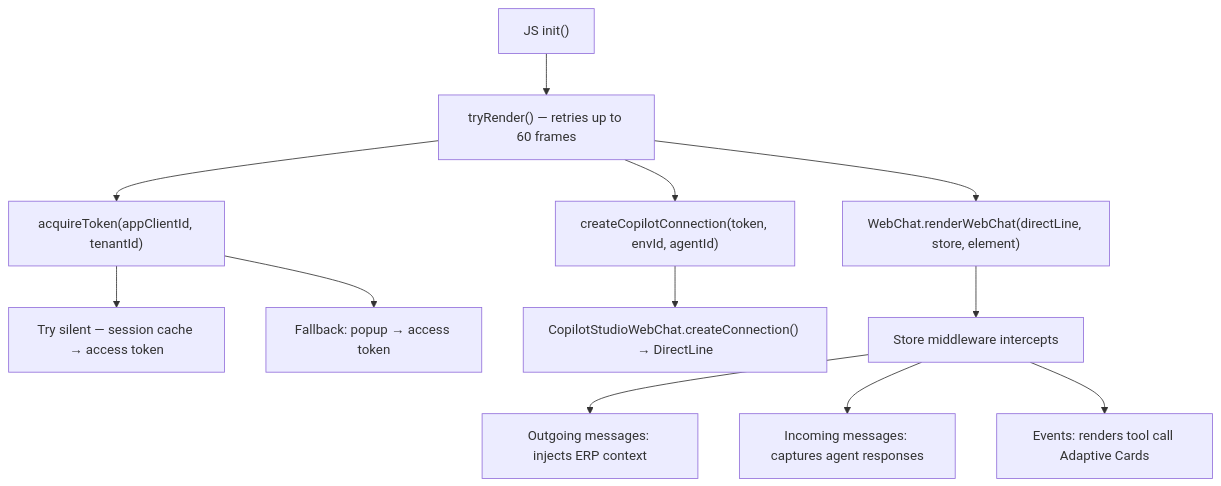
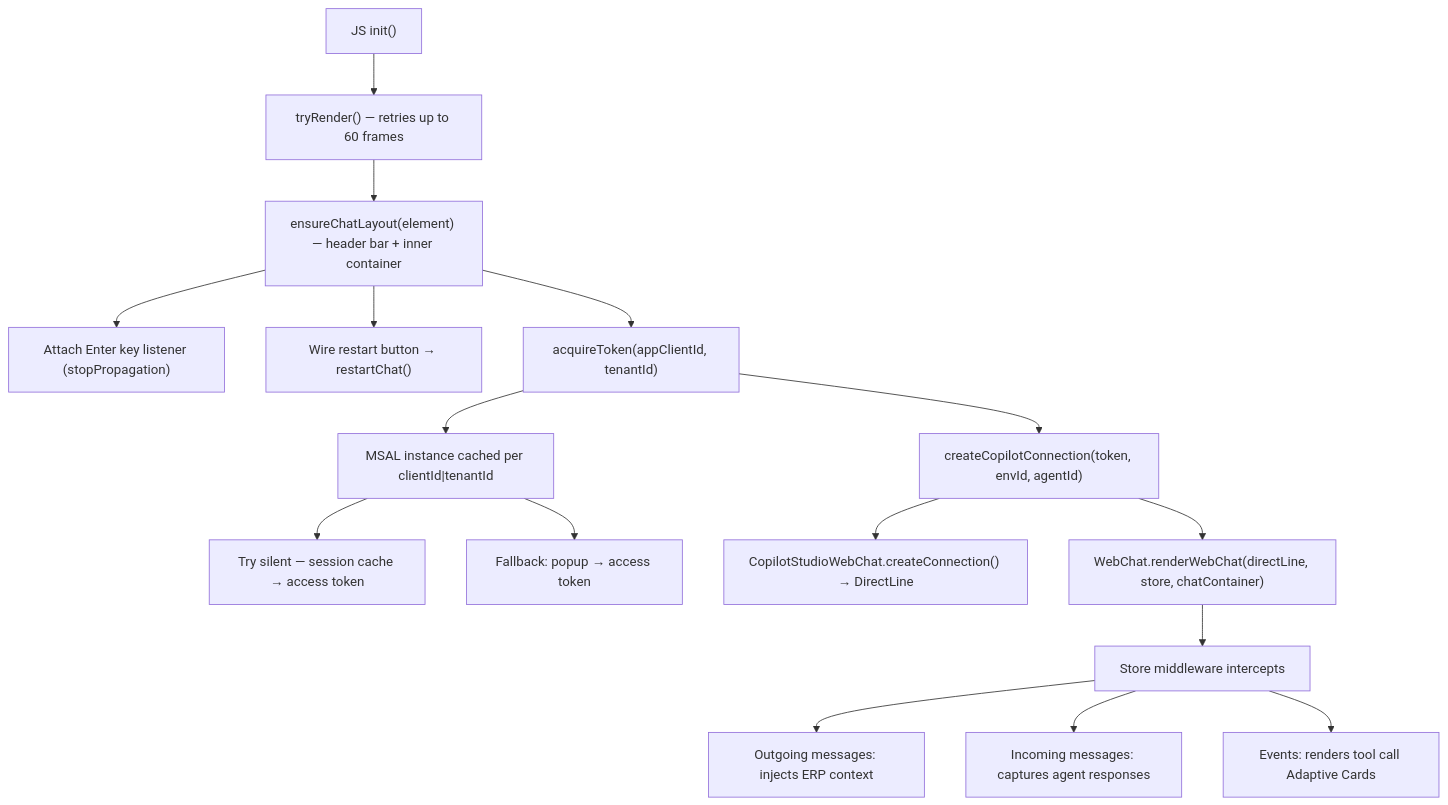
The third of 6 diagrams in docs/architecture.md (jofme/D365CopilotToolbox), drawn with Mermaid before and after one commit. The commit also changed other lines of this file and 5 other files, not shown here.

````diff
--- a/docs/architecture.md
+++ b/docs/architecture.md
@@ -80,14 +80,18 @@
 ```mermaid
 flowchart TD
     A["JS init()"] --> B["tryRender() — retries up to 60 frames"]
-    B --> C["acquireToken(appClientId, tenantId)"]
-    B --> D["createCopilotConnection(token, envId, agentId)"]
-    B --> E["WebChat.renderWebChat(directLine, store, element)"]
-    C --> C1["Try silent — session cache → access token"]
-    C --> C2["Fallback: popup → access token"]
+    B --> L["ensureChatLayout(element) — header bar + inner container"]
+    L --> LK["Attach Enter key listener (stopPropagation)"]
+    L --> LR["Wire restart button → restartChat()"]
+    L --> C["acquireToken(appClientId, tenantId)"]
+    C --> C1["MSAL instance cached per clientId|tenantId"]
+    C1 --> C2["Try silent — session cache → access token"]
+    C1 --> C3["Fallback: popup → access token"]
+    C --> D["createCopilotConnection(token, envId, agentId)"]
     D --> D1["CopilotStudioWebChat.createConnection() → DirectLine"]
+    D --> E["WebChat.renderWebChat(directLine, store, chatContainer)"]
     E --> E1["Store middleware intercepts"]
     E1 --> E2["Outgoing messages: injects ERP context"]
     E1 --> E3["Incoming messages: captures agent responses"]
     E1 --> E4["Events: renders tool call Adaptive Cards"]
 ```
````
